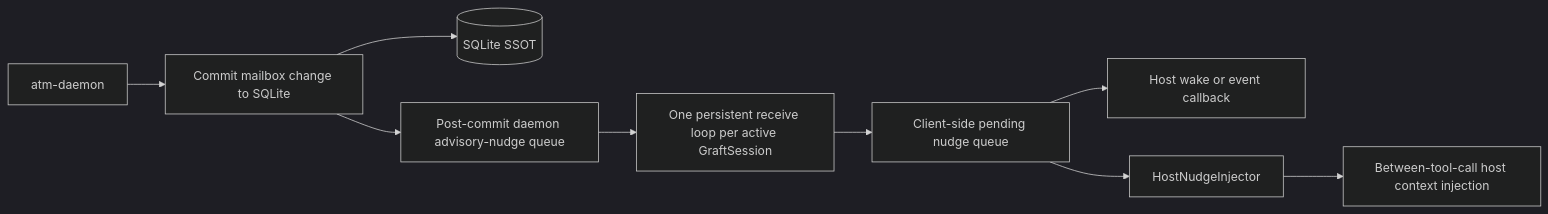
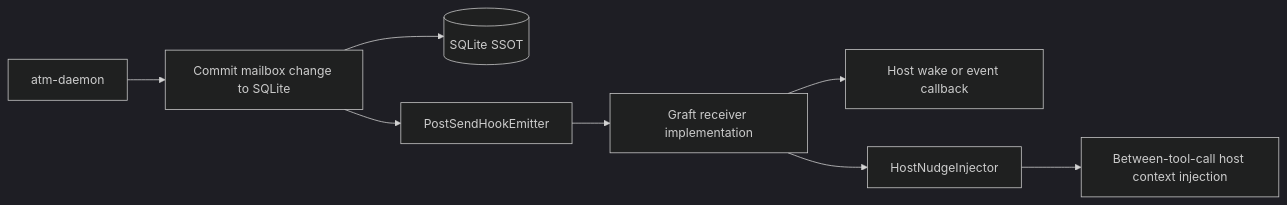
The diagram in docs/atm-graft/architecture.md (randlee/atm-core), drawn with Mermaid (dark theme) before and after one commit. The commit also changed other lines of this file and 10 other files, not shown here.

````diff
--- a/docs/atm-graft/architecture.md
+++ b/docs/atm-graft/architecture.md
@@ -219,11 +213,10 @@
 ```mermaid
 flowchart LR
     D[atm-daemon] --> TX[Commit mailbox change to SQLite]
     TX --> SQ[(SQLite SSOT)]
-    TX --> NQ[Post-commit daemon advisory-nudge queue]
-    NQ --> RL[One persistent receive loop per active GraftSession]
-    RL --> CQ[Client-side pending nudge queue]
-    CQ --> EV[Host wake or event callback]
-    CQ --> HI[HostNudgeInjector]
+    TX --> E[PostSendHookEmitter]
+    E --> GR[Graft receiver implementation]
+    GR --> EV[Host wake or event callback]
+    GR --> HI[HostNudgeInjector]
     HI --> HC[Between-tool-call host context injection]
 ```
````
